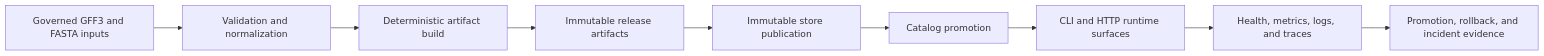
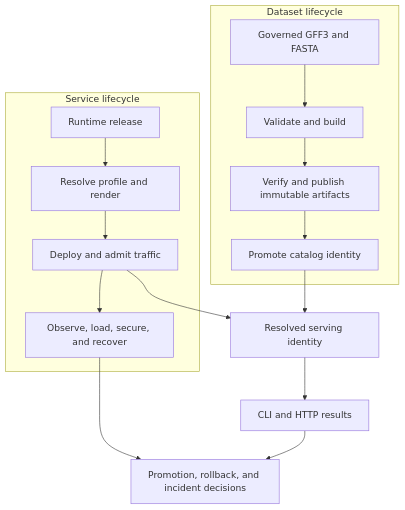
One commit to bijux/bijux-atlas changed the first of 7 diagrams in docs/index.md. Above: the diagram before and after it, drawn with Mermaid. The commit also changed other lines of this file and 2 other files, not shown here.

Commit message:
docs(entrypoints): separate dataset and service authority

````diff
--- a/docs/index.md
+++ b/docs/index.md
@@ -77,11 +80,18 @@
 ```mermaid
-flowchart LR
-    source[Governed GFF3 and FASTA inputs] --> validate[Validation and normalization]
-    validate --> build[Deterministic artifact build]
-    build --> release[Immutable release artifacts]
-    release --> publish[Immutable store publication]
-    publish --> promote[Catalog promotion]
-    promote --> serve[CLI and HTTP runtime surfaces]
-    serve --> observe[Health, metrics, logs, and traces]
-    observe --> decide[Promotion, rollback, and incident evidence]
+flowchart TB
+    subgraph data[Dataset lifecycle]
+        source[Governed GFF3 and FASTA] --> build[Validate and build]
+        build --> publish[Verify and publish immutable artifacts]
+        publish --> catalog[Promote catalog identity]
+    end
+    subgraph service[Service lifecycle]
+        release[Runtime release] --> render[Resolve profile and render]
+        render --> deploy[Deploy and admit traffic]
+        deploy --> qualify[Observe, load, secure, and recover]
+    end
+    catalog --> identity[Resolved serving identity]
+    deploy --> identity
+    identity --> query[CLI and HTTP results]
+    qualify --> decision[Promotion, rollback, and incident decisions]
+    query --> decision
 ```
````
